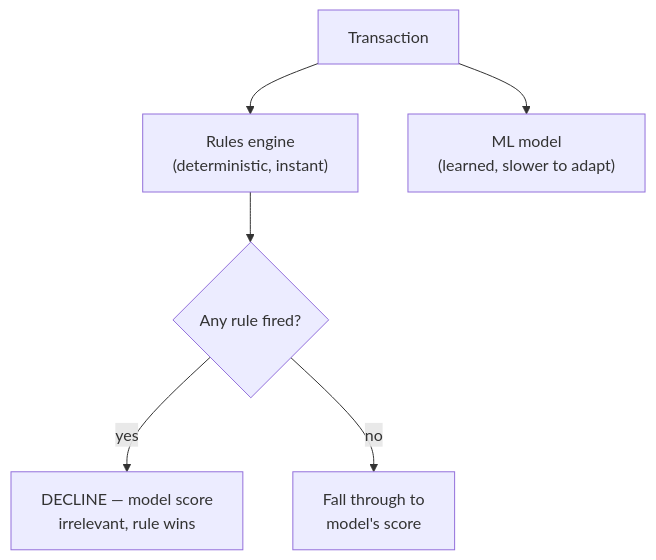
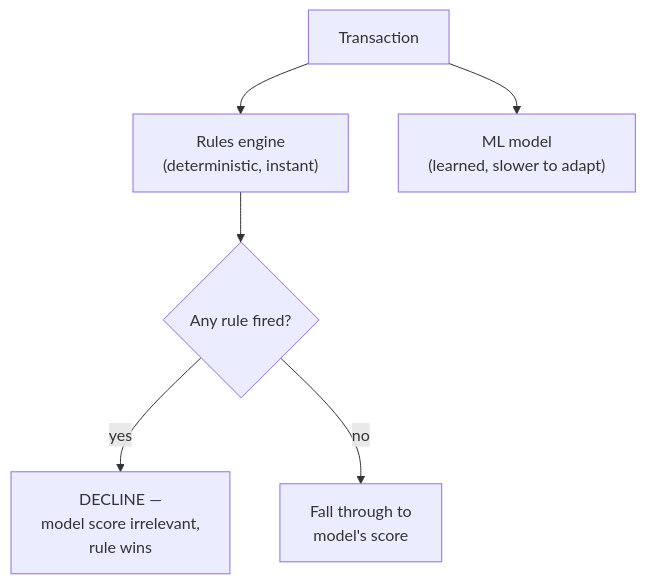
One commit to riyaz-pasha/Learnings changed the fifth of 14 diagrams in system-design/HLD/0-course/56-Design-a-Fraud-Detection-System-FAANG-Guide-story.md. Above: the diagram before and after it, drawn with Mermaid. The commit also changed other lines of this file and 1 other file, not shown here.

Commit message:
[REWRITE] Fraud Detection System story guide: simplify prose, add structure, fix diagrams

````diff
--- a/system-design/HLD/0-course/56-Design-a-Fraud-Detection-System-FAANG-Guide-story.md
+++ b/system-design/HLD/0-course/56-Design-a-Fraud-Detection-System-FAANG-Guide-story.md
@@ -111,8 +275,8 @@
 ```mermaid
 flowchart TD
-    A["Transaction"] --> B["Rules engine\n(deterministic, instant)"]
-    A --> C["ML model\n(learned, slower to adapt)"]
+    A["Transaction"] --> B["Rules engine<br/>(deterministic, instant)"]
+    A --> C["ML model<br/>(learned, slower to adapt)"]
     B --> D{"Any rule fired?"}
-    D -->|"yes"| E["DECLINE — model score\nirrelevant, rule wins"]
-    D -->|"no"| F["Fall through to\nmodel's score"]
+    D -->|"yes"| E["DECLINE —<br/>model score irrelevant,<br/>rule wins"]
+    D -->|"no"| F["Fall through to<br/>model's score"]
 ```
````
